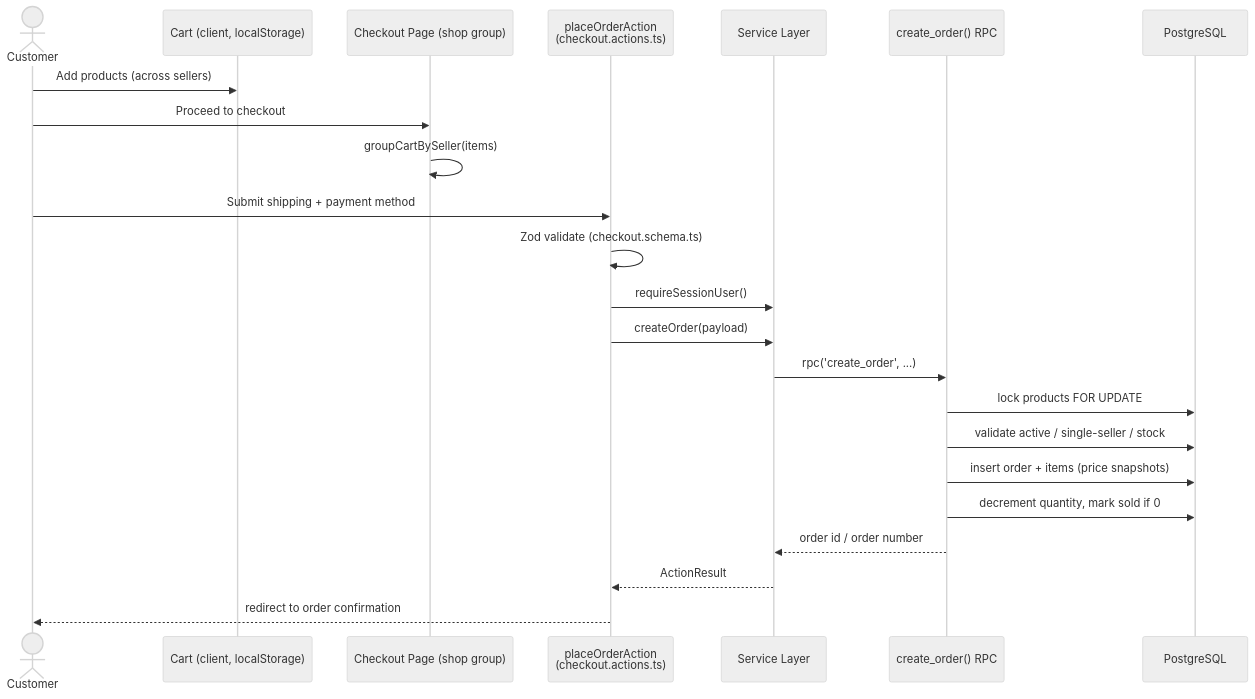
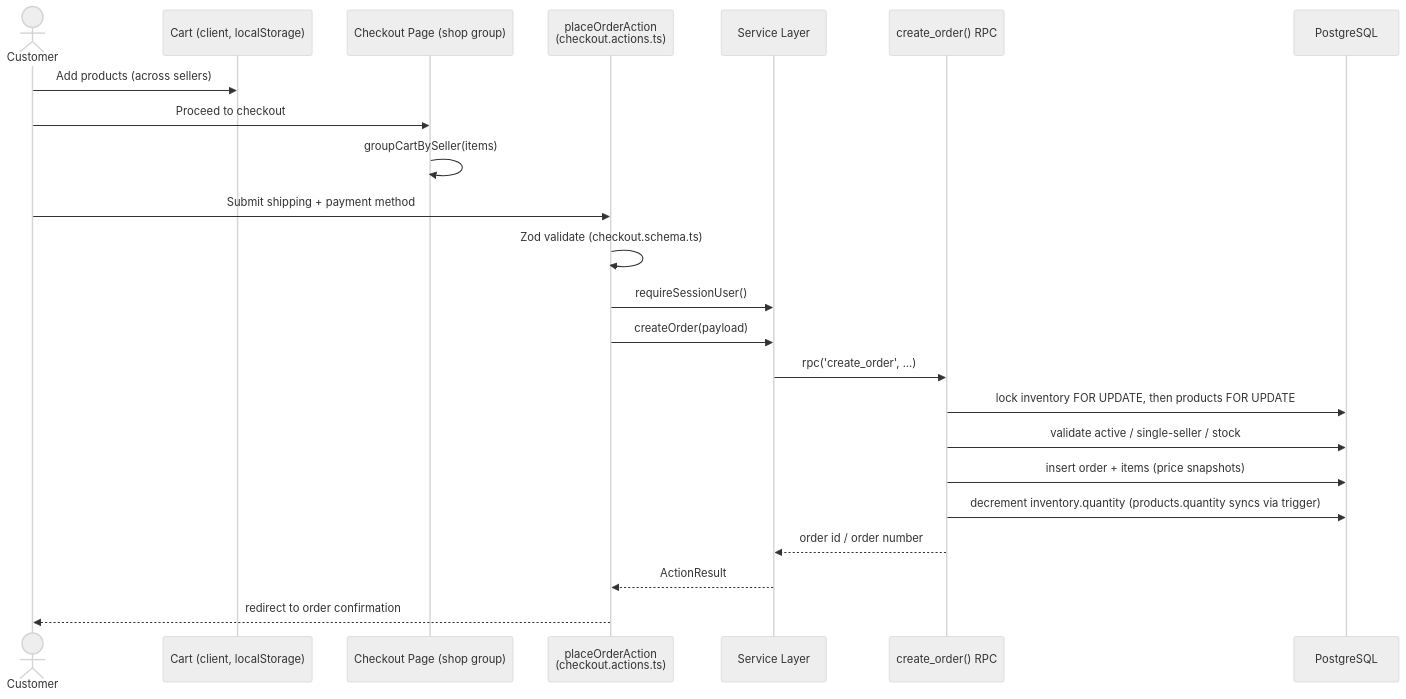
The fifth of 6 diagrams in ARCHITECTURE.md (Manuel00216/RobertJ-OnlineShop), drawn with Mermaid (neutral theme) before and after one commit. The commit also changed other lines of this file and 49 other files, not shown here.

````diff
--- a/ARCHITECTURE.md
+++ b/ARCHITECTURE.md
@@ -401,26 +412,26 @@
 ```mermaid
 sequenceDiagram
     actor C as Customer
     participant Cart as Cart (client, localStorage)
     participant CK as Checkout Page (shop group)
     participant A as placeOrderAction<br/>(checkout.actions.ts)
     participant Q as Service Layer
     participant RPC as create_order() RPC
     participant DB as PostgreSQL
 
     C->>Cart: Add products (across sellers)
     C->>CK: Proceed to checkout
     CK->>CK: groupCartBySeller(items)
     C->>A: Submit shipping + payment method
     A->>A: Zod validate (checkout.schema.ts)
     A->>Q: requireSessionUser()
     A->>Q: createOrder(payload)
     Q->>RPC: rpc('create_order', ...)
-    RPC->>DB: lock products FOR UPDATE
+    RPC->>DB: lock inventory FOR UPDATE, then products FOR UPDATE
     RPC->>DB: validate active / single-seller / stock
     RPC->>DB: insert order + items (price snapshots)
-    RPC->>DB: decrement quantity, mark sold if 0
+    RPC->>DB: decrement inventory.quantity (products.quantity syncs via trigger)
     RPC-->>Q: order id / order number
     Q-->>A: ActionResult
     A-->>C: redirect to order confirmation
 ```
````
